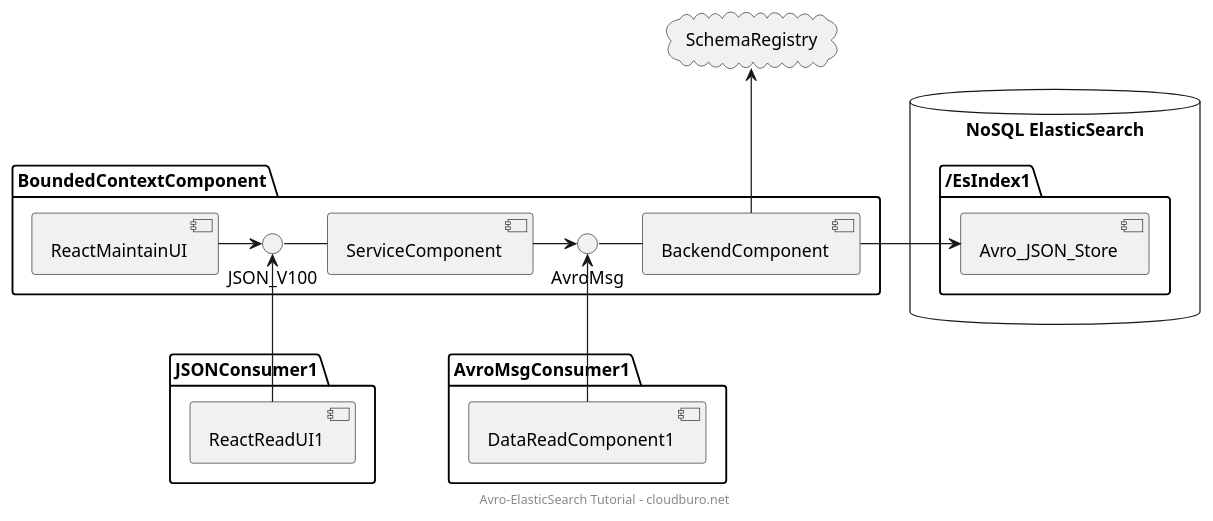
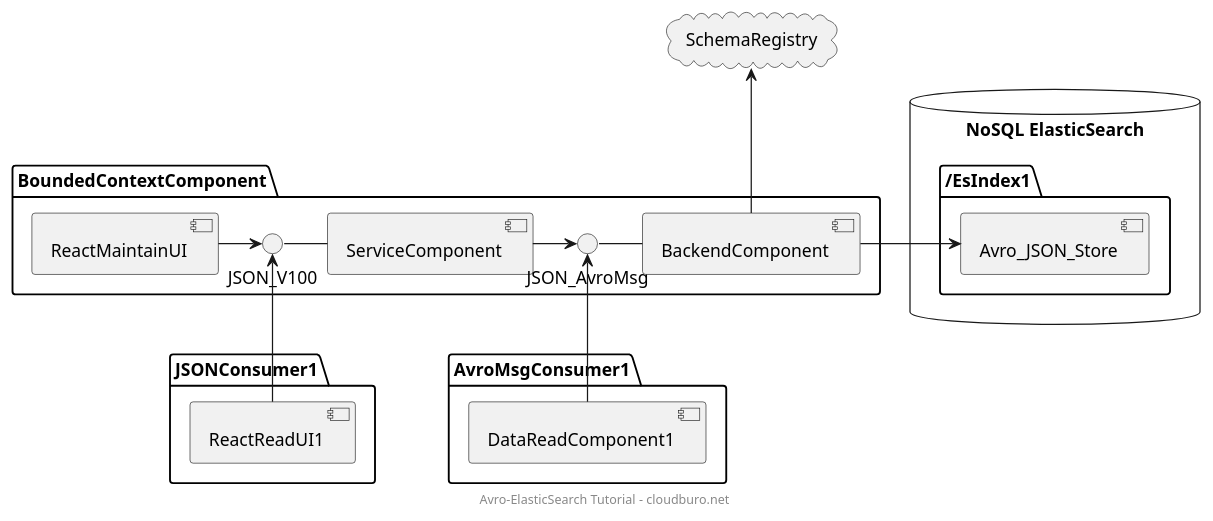
The diagram in plantUML/versioningSample-3.puml (talfco/tutorial-apache-avro), drawn with PlantUML before and after one commit. The commit also changed 3 other files, not shown here.

```diff
--- a/plantUML/versioningSample-3.puml
+++ b/plantUML/versioningSample-3.puml
@@ -1,31 +1,31 @@
 @startuml
 
 footer "Avro-ElasticSearch Tutorial - cloudburo.net"
 
 database "NoSQL ElasticSearch" {
     folder /EsIndex1  {
     [Avro_JSON_Store]
     }
 }
 
 cloud "SchemaRegistry" {
 }
 
 package "BoundedContextComponent" {
 JSON_V100 - [ServiceComponent]
 [ReactMaintainUI] -> JSON_V100
-AvroMsg - [BackendComponent]
-[ServiceComponent] -> AvroMsg
+JSON_AvroMsg - [BackendComponent]
+[ServiceComponent] -> JSON_AvroMsg
 [BackendComponent] -> Avro_JSON_Store
 [BackendComponent] -up-> SchemaRegistry
 }
 
 package "JSONConsumer1" {
     [ReactReadUI1] -up-> JSON_V100
 }
 
 package "AvroMsgConsumer1" {
-    [DataReadComponent1] -up-> AvroMsg
+    [DataReadComponent1] -up-> JSON_AvroMsg
 }
 
 @enduml
```
